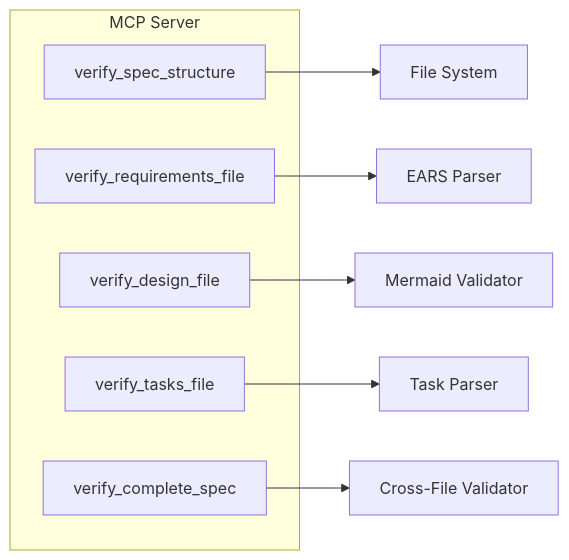
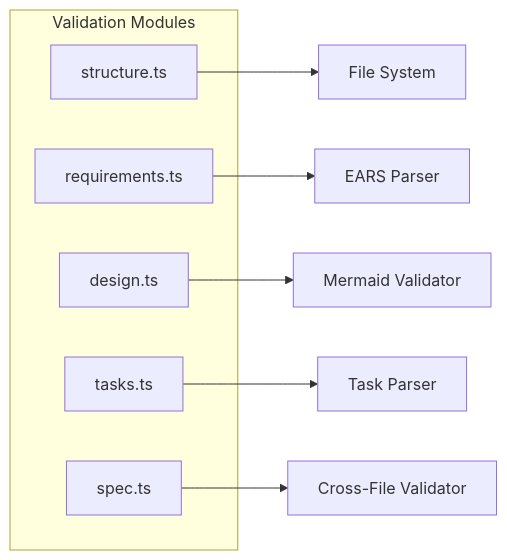
One commit to lindoelio/spec-driven-steroids changed the second of 8 diagrams in ARCHITECTURE.md. Above: the diagram before and after it, drawn with Mermaid. The commit also changed other lines of this file and 83 other files, not shown here.

First line of the commit message:
refactor!: remove MCP validation server, simplify contextual-stewardship to tier2-only

````diff
--- a/ARCHITECTURE.md
+++ b/ARCHITECTURE.md
@@ -62,16 +65,16 @@
 ```mermaid
 flowchart LR
-    subgraph "MCP Server"
-        A[verify_spec_structure]
-        B[verify_requirements_file]
-        C[verify_design_file]
-        D[verify_tasks_file]
-        E[verify_complete_spec]
+    subgraph "Validation Modules"
+        A[structure.ts]
+        B[requirements.ts]
+        C[design.ts]
+        D[tasks.ts]
+        E[spec.ts]
     end
 
     A --> F[File System]
     B --> G[EARS Parser]
     C --> H[Mermaid Validator]
     D --> I[Task Parser]
     E --> J[Cross-File Validator]
 ```
````
